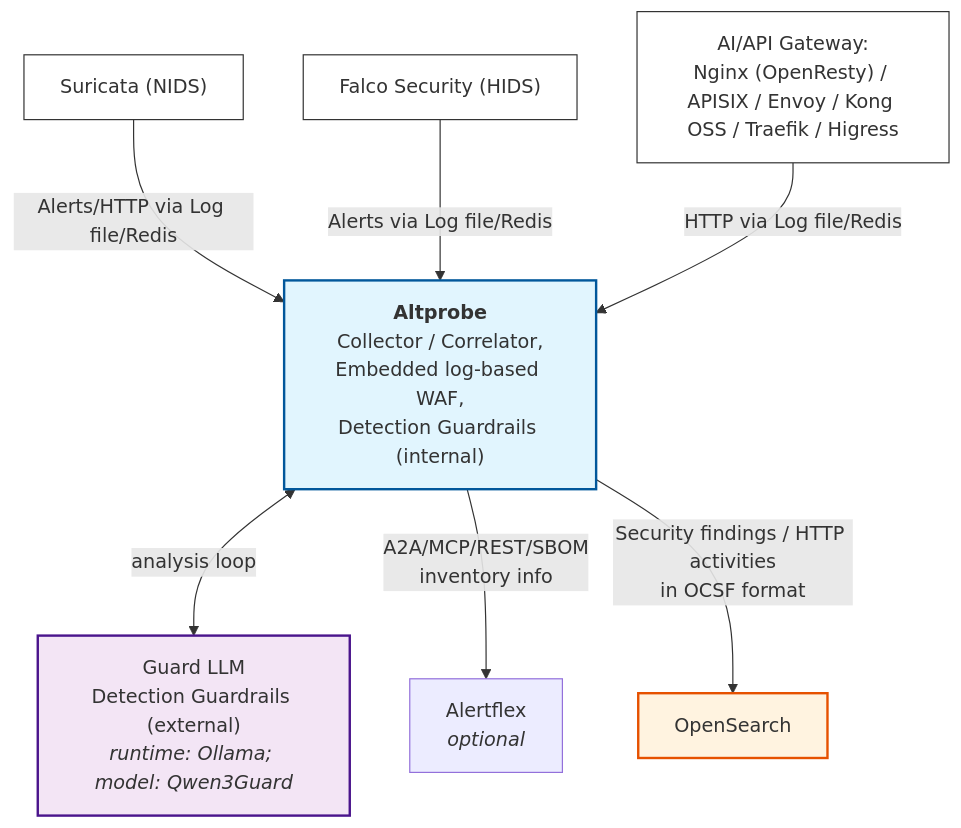
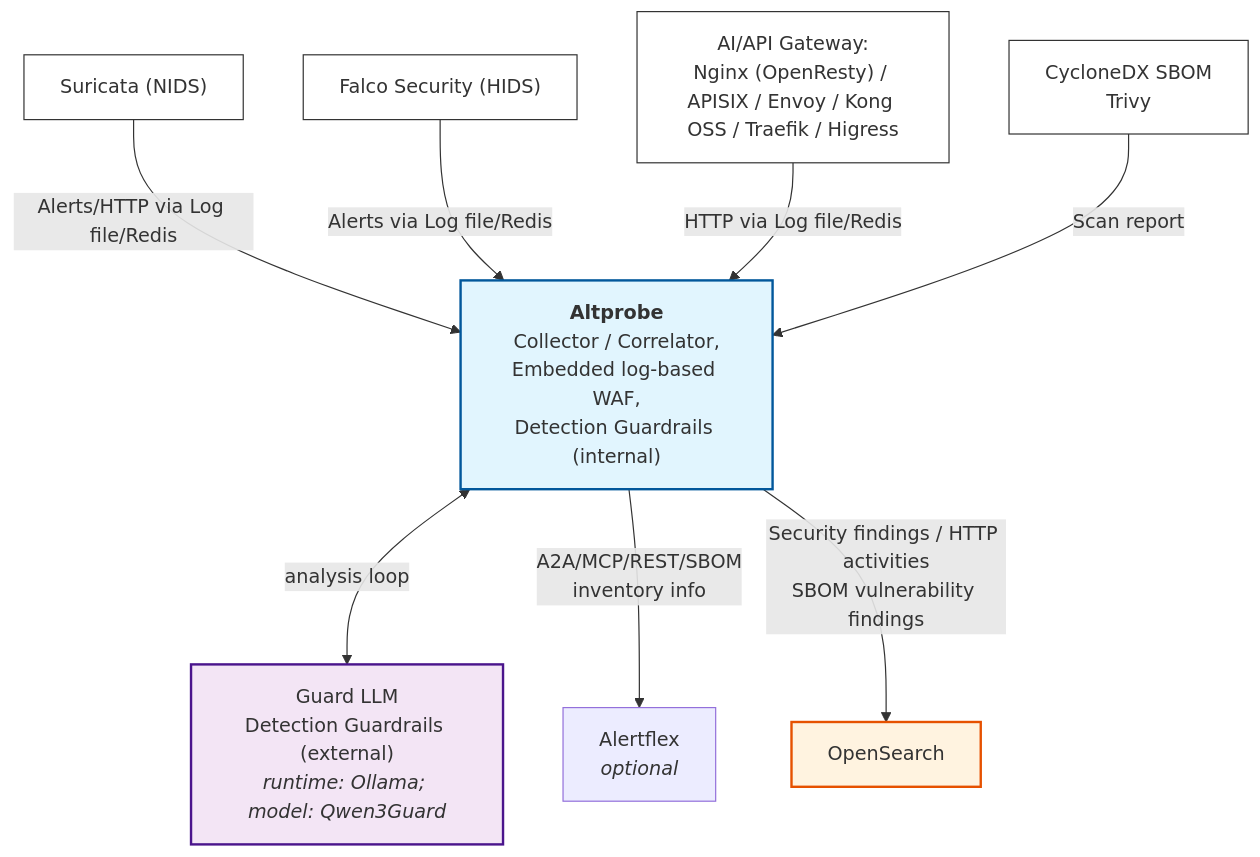
Before and after one commit to olegzhr/altprobe: the second of 2 diagrams in README.md, drawn with Mermaid. The commit also changed other lines of this file and 26 other files, not shown here.

````diff
--- a/README.md
+++ b/README.md
@@ -62,32 +69,34 @@
 ```mermaid
 flowchart TD
     NIDS["Suricata (NIDS)"]
     HIDS["Falco Security (HIDS)"]
+    Sbom["CycloneDX SBOM<br/>Trivy"]
     Proxy["AI/API Gateway:<br/>Nginx (OpenResty) / APISIX / Envoy / Kong OSS / Traefik / Higress"]
 
     Altprobe["<b>Altprobe</b><br/>Collector / Correlator,<br/>Embedded log-based WAF,<br/>Detection Guardrails (internal)"]
 
     GLLM["Guard LLM<br/>Detection Guardrails (external)<br/><i>runtime: Ollama; model: Qwen3Guard</i>"]
     Alertflex["Alertflex<br/><i>optional</i>"]
     OpenSearch["OpenSearch"]
 
     NIDS -->|Alerts/HTTP via Log file/Redis| Altprobe
     HIDS -->|Alerts via Log file/Redis| Altprobe
     Proxy -->|HTTP via Log file/Redis| Altprobe
+    Sbom -->|Scan report| Altprobe
 
     Altprobe <-->|analysis loop| GLLM
     Altprobe -->|A2A/MCP/REST/SBOM<br/>inventory info| Alertflex
-    Altprobe -->|Security findings / HTTP activities<br/>in OCSF format| OpenSearch
+    Altprobe -->|Security findings / HTTP activities<br/>SBOM vulnerability findings| OpenSearch
 
     classDef source fill:#ffffff,stroke:#333,stroke-width:1px
     classDef core fill:#e1f5fe,stroke:#01579b,stroke-width:2px
     classDef downstream fill:#f3e5f5,stroke:#4a148c,stroke-width:2px
     classDef store fill:#fff3e0,stroke:#e65100,stroke-width:2px
     classDef optional stroke-dasharray: 5 5
 
-    class NIDS,HIDS,Proxy source
+    class NIDS,HIDS,Proxy,Sbom source
     class Altprobe core
     class GLLM downstream
     class Alertflex downstream,optional
     class OpenSearch store
 ```
````
